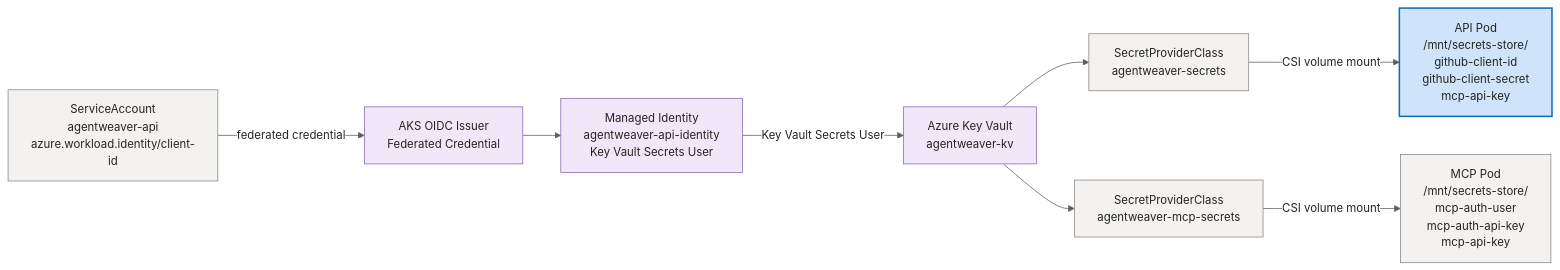
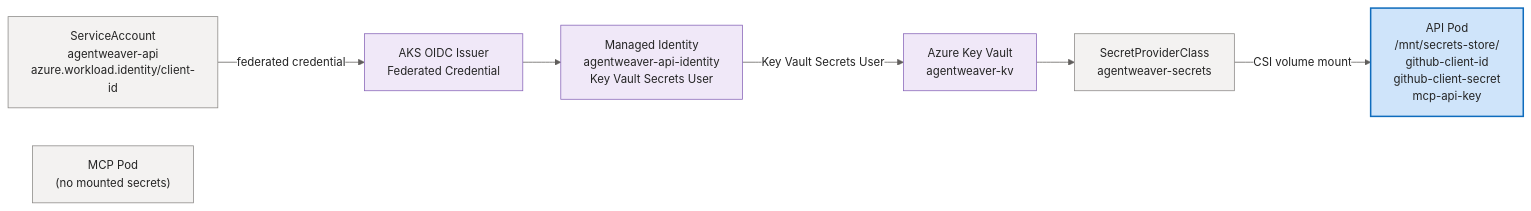
Before and after one commit to sabbour/agentweaver: the fifth of 5 diagrams in docs/architecture-aks.md, drawn with Mermaid. The commit also changed other lines of this file and 18 other files, not shown here.

First line of the commit message:
Remove static MCP API key; MCP auth via OAuth only

````diff
--- a/docs/architecture-aks.md
+++ b/docs/architecture-aks.md
@@ -262,31 +262,29 @@
 ```mermaid
 %%{init: {'theme':'base','themeVariables':{'fontFamily':'Segoe UI, system-ui, -apple-system, sans-serif','fontSize':'15px','primaryColor':'#E8EEF9','primaryBorderColor':'#0F6CBD','primaryTextColor':'#242424','lineColor':'#605E5C','clusterBkg':'#FAF9F8','clusterBorder':'#D2D0CE','edgeLabelBackground':'#FFFFFF'}}}%%
 flowchart LR
     MI["Managed Identity<br/>agentweaver-api-identity<br/>Key Vault Secrets User"]
     SA["ServiceAccount<br/>agentweaver-api<br/>azure.workload.identity/client-id"]
     OIDC["AKS OIDC Issuer<br/>Federated Credential"]
     KV["Azure Key Vault<br/>agentweaver-kv"]
 
     SPC["SecretProviderClass<br/>agentweaver-secrets"]
-    SPCM["SecretProviderClass<br/>agentweaver-mcp-secrets"]
 
     API["API Pod<br/>/mnt/secrets-store/<br/>github-client-id<br/>github-client-secret<br/>mcp-api-key"]
-    MCP["MCP Pod<br/>/mnt/secrets-store/<br/>mcp-auth-user<br/>mcp-auth-api-key<br/>mcp-api-key"]
+    MCP["MCP Pod<br/>(no mounted secrets)"]
 
     SA -->|"federated credential"| OIDC --> MI
     MI -->|"Key Vault Secrets User"| KV
     KV --> SPC -->|"CSI volume mount"| API
-    KV --> SPCM -->|"CSI volume mount"| MCP
 
     classDef client fill:#E8EEF9,stroke:#0F6CBD,stroke-width:1px,color:#242424;
     classDef svc fill:#F3F2F1,stroke:#8A8886,stroke-width:1px,color:#242424;
     classDef core fill:#CFE4FA,stroke:#0F6CBD,stroke-width:2px,color:#242424;
     classDef data fill:#FFF4CE,stroke:#C19C00,stroke-width:1px,color:#242424;
     classDef ext fill:#F0E8F8,stroke:#8764B8,stroke-width:1px,color:#242424;
     classDef runtime fill:#DDF3DD,stroke:#107C10,stroke-width:1px,color:#242424;
     classDef evt fill:#D6F0F0,stroke:#038387,stroke-width:1px,color:#242424;
 
-    class SA,SPC,SPCM,MCP svc;
+    class SA,SPC,MCP svc;
     class API core;
     class MI,OIDC,KV ext;
 ```
````
